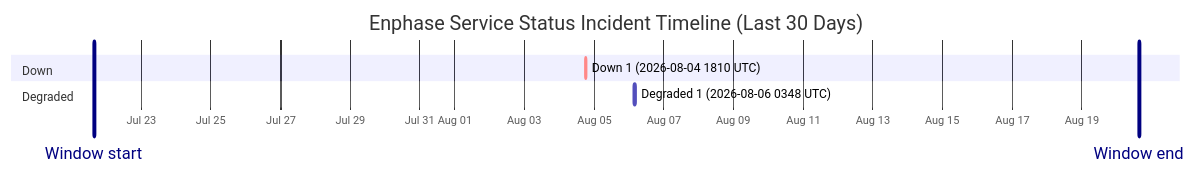
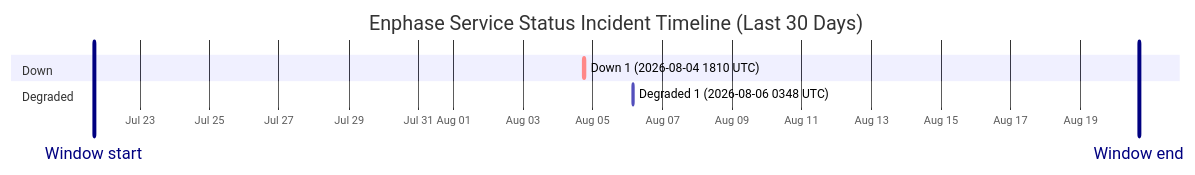
The diagram in wiki/Service-Status-History.md (barneyonline/ha-enphase-energy), drawn with Mermaid before and after one commit. The commit also changed other lines of this file and 3 other files, not shown here.

````diff
--- a/wiki/Service-Status-History.md
+++ b/wiki/Service-Status-History.md
@@ -14,12 +14,12 @@
 ```mermaid
 gantt
     title Enphase Service Status Incident Timeline (Last 30 Days)
     dateFormat  YYYY-MM-DDTHH:mm:ss
     axisFormat  %b %d
-    Window start :vert, window-start, 2026-07-21T15:31:06, 0ms
-    Window end :vert, window-end, 2026-08-20T15:31:06, 0ms
+    Window start :vert, window-start, 2026-07-21T16:32:34, 0ms
+    Window end :vert, window-end, 2026-08-20T16:32:34, 0ms
     section Down
     Down 1 (2026-08-04 1810 UTC) :crit, down-1, 2026-08-04T18:10:46, 60m
     section Degraded
     Degraded 1 (2026-08-06 0348 UTC) :active, degraded-1, 2026-08-06T03:48:14, 60m
 ```
````
